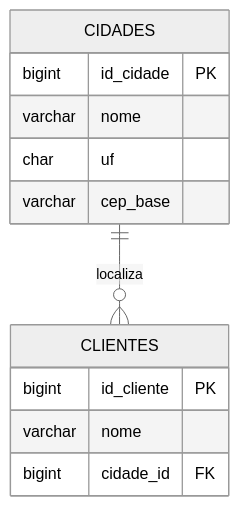
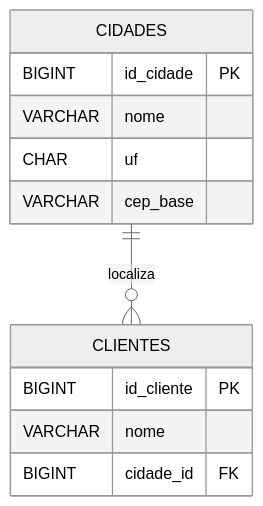
Diagram 16 of 20 in docs/aulas/Aula_01_Revisao_Modelagem_Conceitual.md (DSM-Fatec-Jahu/BDR-DSM-2026-2), drawn with Mermaid (neutral theme) before and after one commit. The commit also changed other lines of this file and 2 other files, not shown here.

First line of the commit message:
Padroniza tipos SQL em MAIÚSCULAS nos diagramas (Regra 3)

````diff
--- a/docs/aulas/Aula_01_Revisao_Modelagem_Conceitual.md
+++ b/docs/aulas/Aula_01_Revisao_Modelagem_Conceitual.md
@@ -734,15 +734,15 @@
 ```mermaid
 erDiagram
     CIDADES {
-        bigint id_cidade PK
-        varchar nome
-        char uf
-        varchar cep_base
+        BIGINT id_cidade PK
+        VARCHAR nome
+        CHAR uf
+        VARCHAR cep_base
     }
     CLIENTES {
-        bigint id_cliente PK
-        varchar nome
-        bigint cidade_id FK
+        BIGINT id_cliente PK
+        VARCHAR nome
+        BIGINT cidade_id FK
     }
     CIDADES ||--o{ CLIENTES : "localiza"
 ```
````
